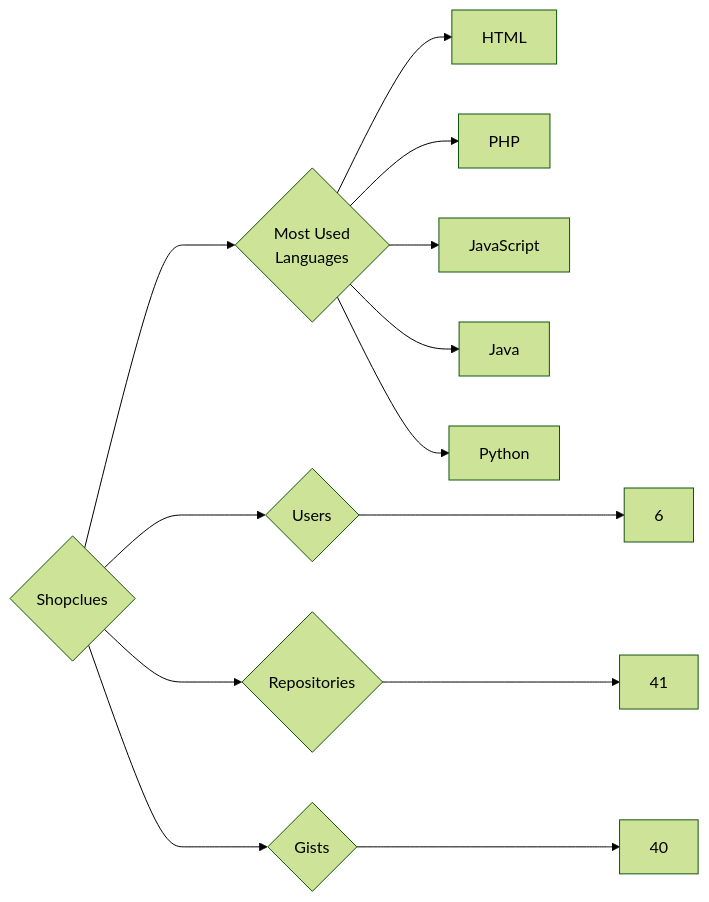
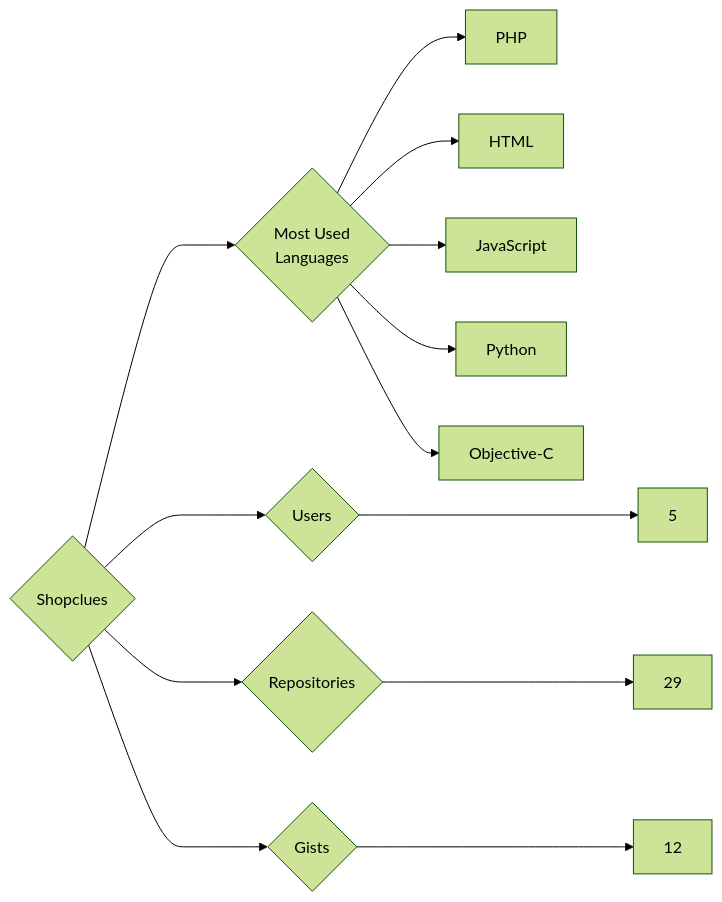
The diagram in targets/Shopclues/README.md (trickest/insiders), drawn with Mermaid (forest theme) before and after one commit. The commit also changed 1496 other files, not shown here.

````diff
--- a/targets/Shopclues/README.md
+++ b/targets/Shopclues/README.md
@@ -3,13 +3,13 @@
 ```mermaid
 graph LR
 COMPANY_NAME{Shopclues}
-COMPANY_NAME ---> U{Users} ---> UN[6]
-COMPANY_NAME ---> R{Repositories} ---> RN[41]
-COMPANY_NAME ---> G{Gists} ---> GN[40]
+COMPANY_NAME ---> U{Users} ---> UN[5]
+COMPANY_NAME ---> R{Repositories} ---> RN[29]
+COMPANY_NAME ---> G{Gists} ---> GN[12]
 COMPANY_NAME ---> ML{Most Used<br>Languages}
+ML --> PHP[PHP]
 ML --> HTML[HTML]
-ML --> PHP[PHP]
 ML --> JavaScript[JavaScript]
-ML --> Java[Java]
 ML --> Python[Python]
+ML --> Objective-C[Objective-C]
 ```
````
